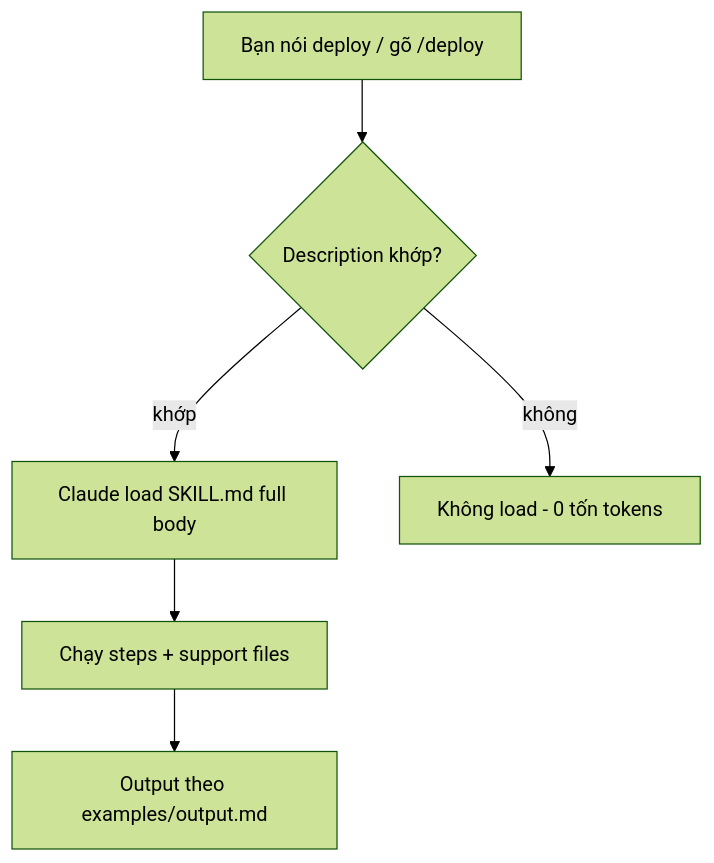
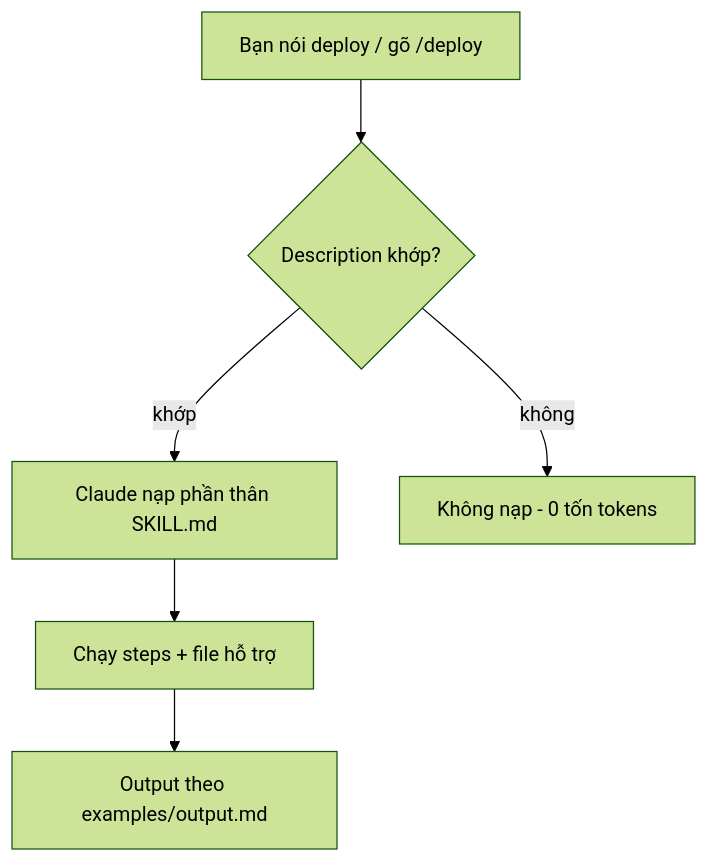
One commit to nbhson/tutorial-claude-code changed the diagram in 01-huong-dan-su-dung/05-skills-custom-commands.md. Above: the diagram before and after it, drawn with Mermaid (forest theme). The commit also changed other lines of this file and 127 other files, not shown here.

````diff
--- a/01-huong-dan-su-dung/05-skills-custom-commands.md
+++ b/01-huong-dan-su-dung/05-skills-custom-commands.md
@@ -45,8 +67,8 @@
 ```mermaid
 flowchart TD
   U[Bạn nói deploy / gõ /deploy] --> M{Description khớp?}
-  M -->|khớp| L[Claude load SKILL.md full body]
-  M -->|không| N[Không load - 0 tốn tokens]
-  L --> E[Chạy steps + support files]
+  M -->|khớp| L[Claude nạp phần thân SKILL.md]
+  M -->|không| N[Không nạp - 0 tốn tokens]
+  L --> E[Chạy steps + file hỗ trợ]
   E --> O[Output theo examples/output.md]
 ```
````
